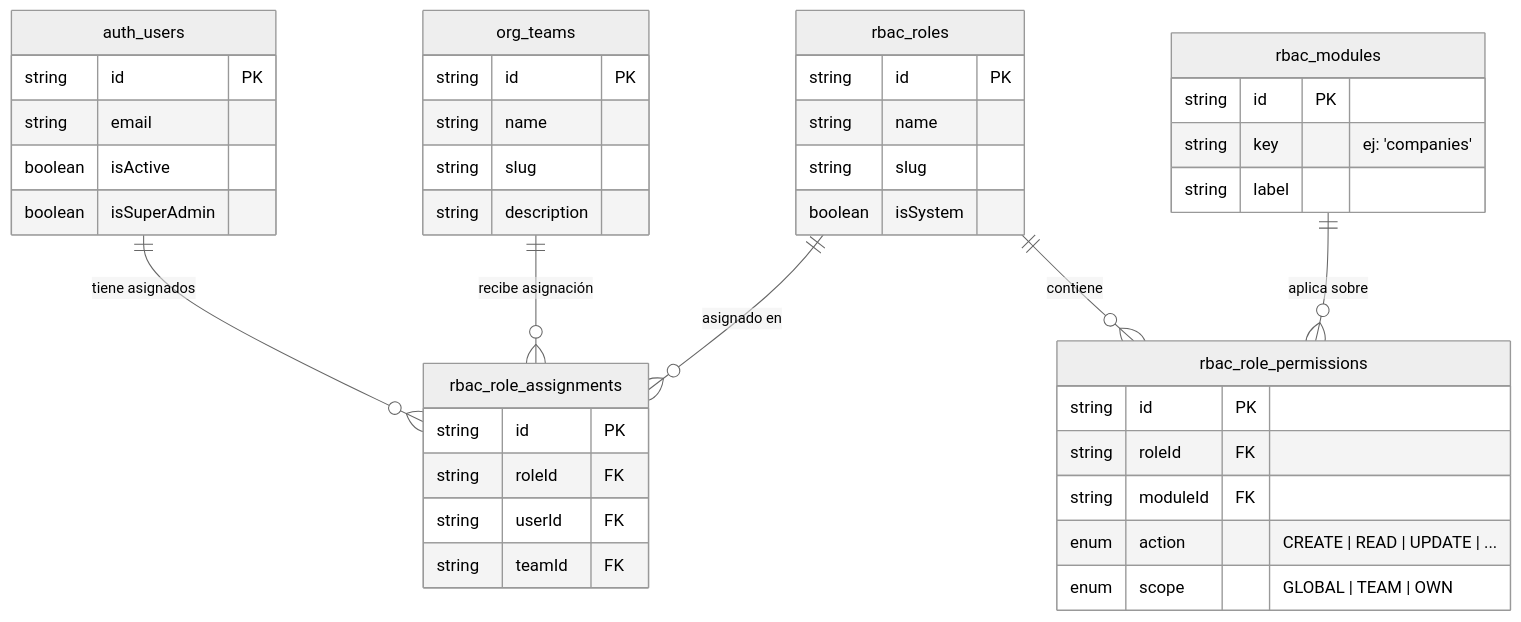
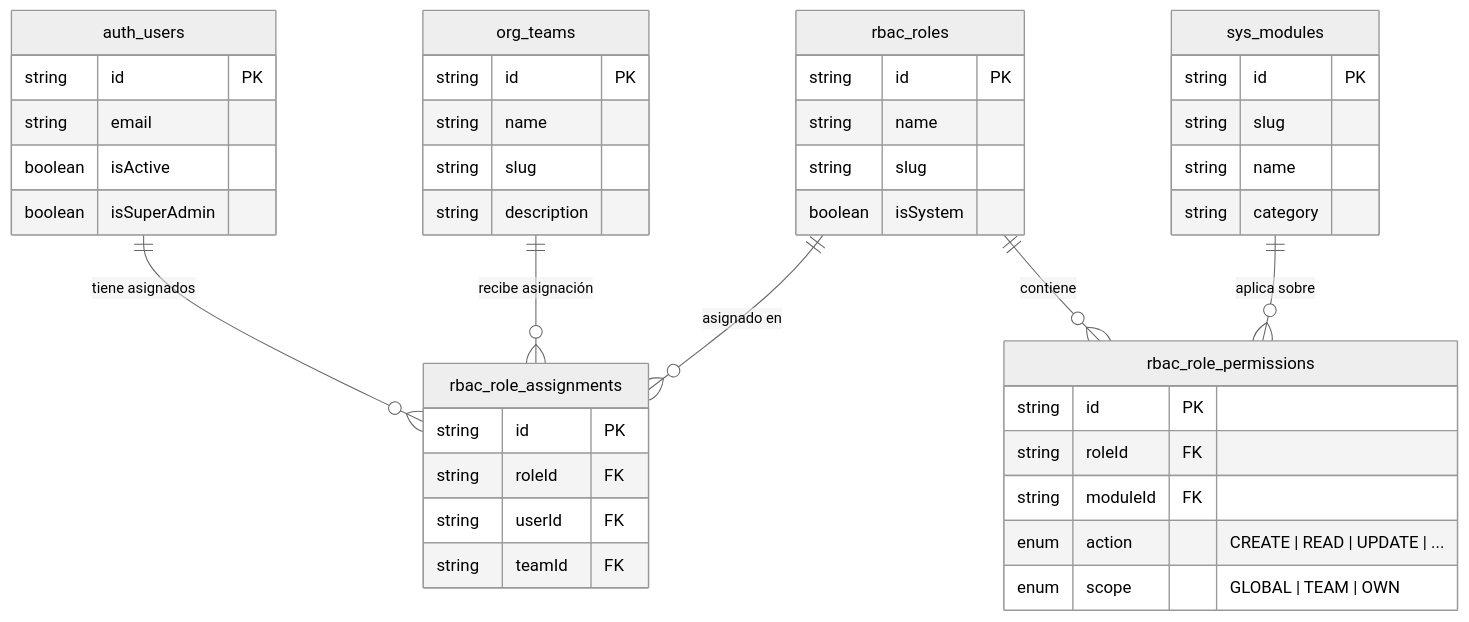
The first of 3 diagrams in rbac_ampliado.md (javireyramirez/plantilla-fastify), drawn with Mermaid (neutral theme) before and after one commit. The commit also changed 9 other files, not shown here.

````diff
--- a/rbac_ampliado.md
+++ b/rbac_ampliado.md
@@ -17,45 +17,46 @@
 ```mermaid
 erDiagram
     auth_users ||--o{ rbac_role_assignments : "tiene asignados"
     org_teams ||--o{ rbac_role_assignments : "recibe asignación"
     rbac_roles ||--o{ rbac_role_assignments : "asignado en"
     rbac_roles ||--o{ rbac_role_permissions : "contiene"
-    rbac_modules ||--o{ rbac_role_permissions : "aplica sobre"
+    sys_modules ||--o{ rbac_role_permissions : "aplica sobre"
 
     auth_users {
         string id PK
         string email
         boolean isActive
         boolean isSuperAdmin
     }
     org_teams {
         string id PK
         string name
         string slug
         string description
     }
     rbac_roles {
         string id PK
         string name
         string slug
         boolean isSystem
     }
-    rbac_modules {
+    sys_modules {
         string id PK
-        string key "ej: 'companies'"
-        string label
+        string slug
+        string name
+        string category
     }
     rbac_role_permissions {
         string id PK
         string roleId FK
         string moduleId FK
         enum action "CREATE | READ | UPDATE | ..."
         enum scope "GLOBAL | TEAM | OWN"
     }
     rbac_role_assignments {
         string id PK
         string roleId FK
         string userId FK
         string teamId FK
     }
 ```
````
